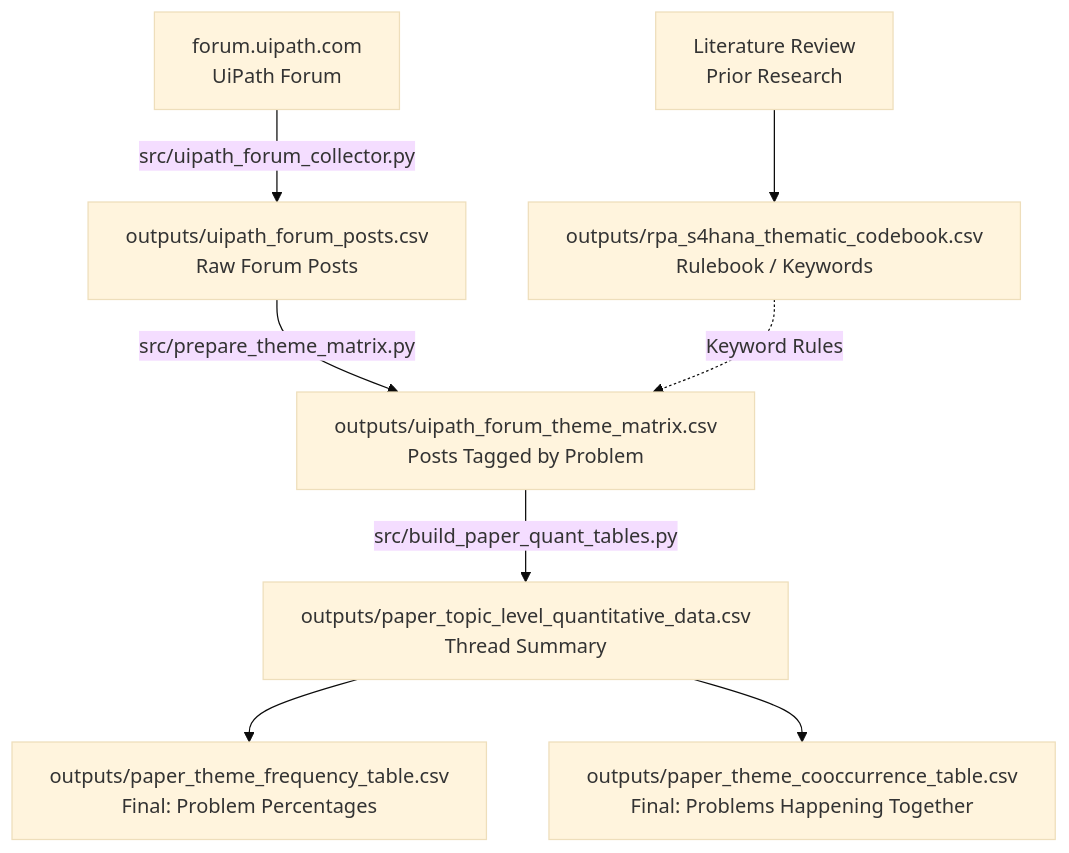
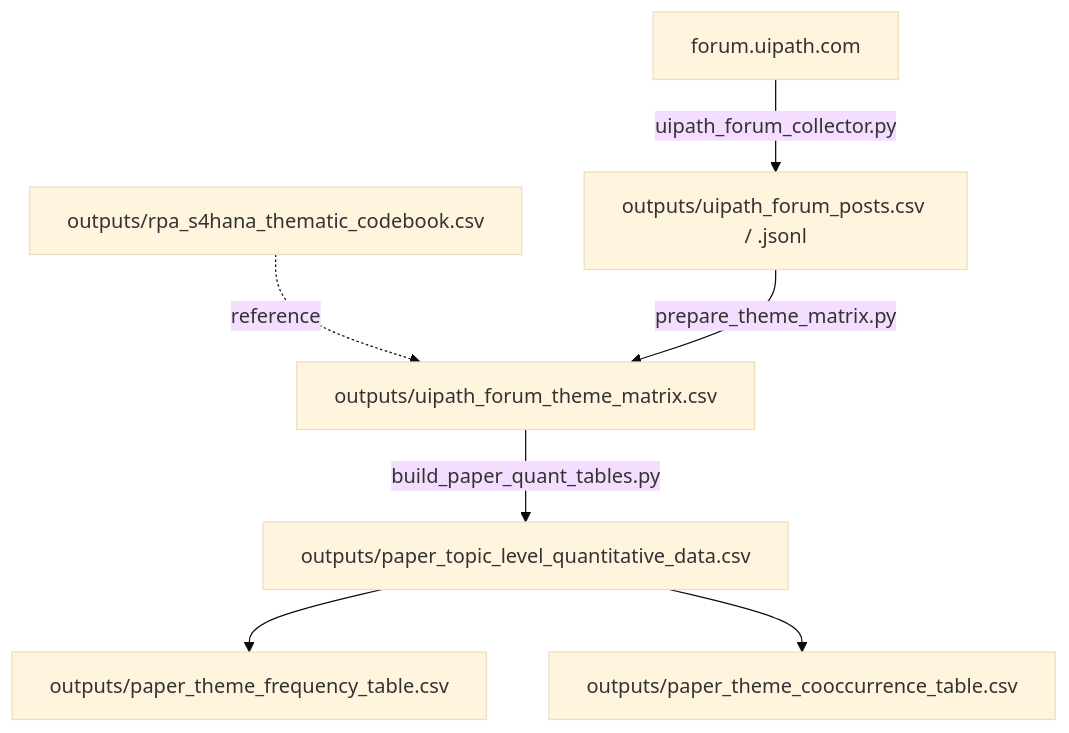
Before and after one commit to anish-001/Ui-path-web-scrape: the diagram in README.md, drawn with Mermaid (base theme). The commit also changed other lines of this file and 6 other files, not shown here.

````diff
--- a/README.md
+++ b/README.md
@@ -80,13 +76,9 @@
 ```mermaid
 graph TD
-    A[forum.uipath.com<br/>UiPath Forum] -->|src/uipath_forum_collector.py| B[outputs/uipath_forum_posts.csv<br/>Raw Forum Posts]
-    
-    LR[Literature Review<br/>Prior Research] --> CB[outputs/rpa_s4hana_thematic_codebook.csv<br/>Rulebook / Keywords]
-
-    B -->|src/prepare_theme_matrix.py| C[outputs/uipath_forum_theme_matrix.csv<br/>Posts Tagged by Problem]
-    CB -.->|Keyword Rules| C
-
-    C -->|src/build_paper_quant_tables.py| D[outputs/paper_topic_level_quantitative_data.csv<br/>Thread Summary]
-    D --> E[outputs/paper_theme_frequency_table.csv<br/>Final: Problem Percentages]
-    D --> F[outputs/paper_theme_cooccurrence_table.csv<br/>Final: Problems Happening Together]
+    A[forum.uipath.com] -->|uipath_forum_collector.py| B[outputs/uipath_forum_posts.csv / .jsonl]
+    CB[outputs/rpa_s4hana_thematic_codebook.csv] -. reference .-> C
+    B -->|prepare_theme_matrix.py| C[outputs/uipath_forum_theme_matrix.csv]
+    C -->|build_paper_quant_tables.py| D[outputs/paper_topic_level_quantitative_data.csv]
+    D --> E[outputs/paper_theme_frequency_table.csv]
+    D --> F[outputs/paper_theme_cooccurrence_table.csv]
 ```
````
